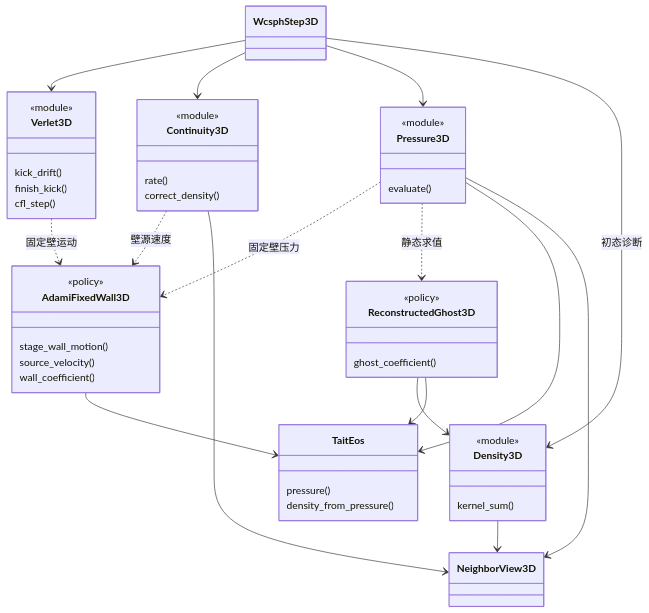
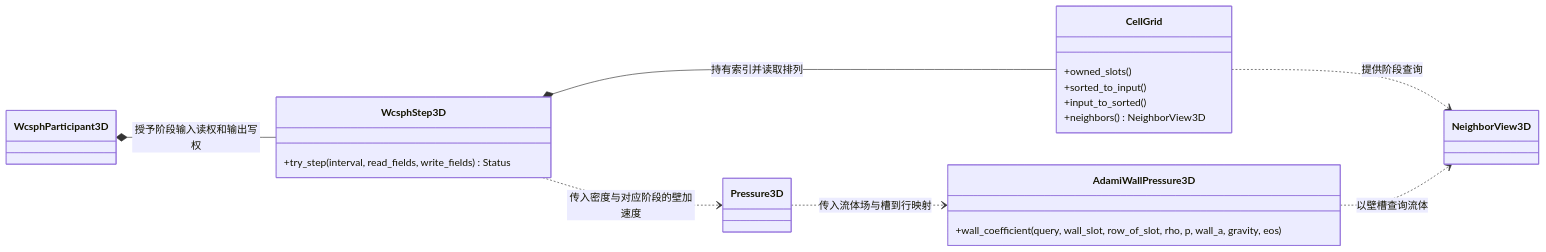
Before and after one commit to joe-cheung-cae/nexora: the second of 2 diagrams in docs/architecture/sph-3d-refactor-plan.md, drawn with Mermaid. The commit also changed other lines of this file, not shown here.

Commit message:
docs(sph): update the 3D refactor plan and append the architecture review

````diff
--- a/docs/architecture/sph-3d-refactor-plan.md
+++ b/docs/architecture/sph-3d-refactor-plan.md
@@ -60,54 +267,25 @@
 ```mermaid
 classDiagram
-    direction TB
-    class WcsphStep3D
-    class Verlet3D {
-        <<module>>
-        kick_drift()
-        finish_kick()
-        cfl_step()
+    direction LR
+    class WcsphParticipant3D
+    class NeighborView3D
+    class Pressure3D
+    class WcsphStep3D {
+        +try_step(interval, read_fields, write_fields) Status
     }
-    class Continuity3D {
-        <<module>>
-        rate()
-        correct_density()
+    class CellGrid {
+        +owned_slots()
+        +sorted_to_input()
+        +input_to_sorted()
+        +neighbors() NeighborView3D
     }
-    class Pressure3D {
-        <<module>>
-        evaluate()
+    class AdamiWallPressure3D {
+        +wall_coefficient(query, wall_slot, row_of_slot, rho, p, wall_a, gravity, eos)
     }
-    class Density3D {
-        <<module>>
-        kernel_sum()
-    }
-    class AdamiFixedWall3D {
-        <<policy>>
-        stage_wall_motion()
-        source_velocity()
-        wall_coefficient()
-    }
-    class ReconstructedGhost3D {
-        <<policy>>
-        ghost_coefficient()
-    }
-    class TaitEos {
-        pressure()
-        density_from_pressure()
-    }
-    class NeighborView3D
-    WcsphStep3D --> Verlet3D
-    WcsphStep3D --> Continuity3D
-    WcsphStep3D --> Pressure3D
-    WcsphStep3D --> Density3D : 初态诊断
-    Verlet3D ..> AdamiFixedWall3D : 固定壁运动
-    Continuity3D ..> AdamiFixedWall3D : 壁源速度
-    Pressure3D ..> AdamiFixedWall3D : 固定壁压力
-    Pressure3D ..> ReconstructedGhost3D : 静态求值
-    Pressure3D --> TaitEos
-    AdamiFixedWall3D --> TaitEos
-    ReconstructedGhost3D --> Density3D
-    ReconstructedGhost3D --> TaitEos
-    Density3D --> NeighborView3D
-    Continuity3D --> NeighborView3D
-    Pressure3D --> NeighborView3D
+    WcsphParticipant3D *-- WcsphStep3D : 授予阶段输入读权和输出写权
+    WcsphStep3D *-- CellGrid : 持有索引并读取排列
+    CellGrid ..> NeighborView3D : 提供阶段查询
+    WcsphStep3D ..> Pressure3D : 传入密度与对应阶段的壁加速度
+    Pressure3D ..> AdamiWallPressure3D : 传入流体场与槽到行映射
+    AdamiWallPressure3D ..> NeighborView3D : 以壁槽查询流体
 ```
````
